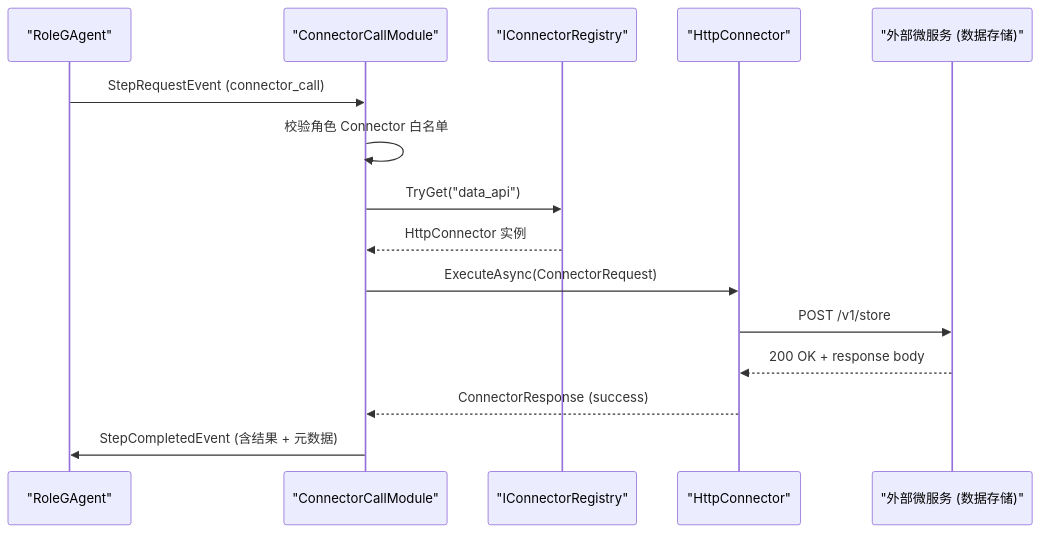
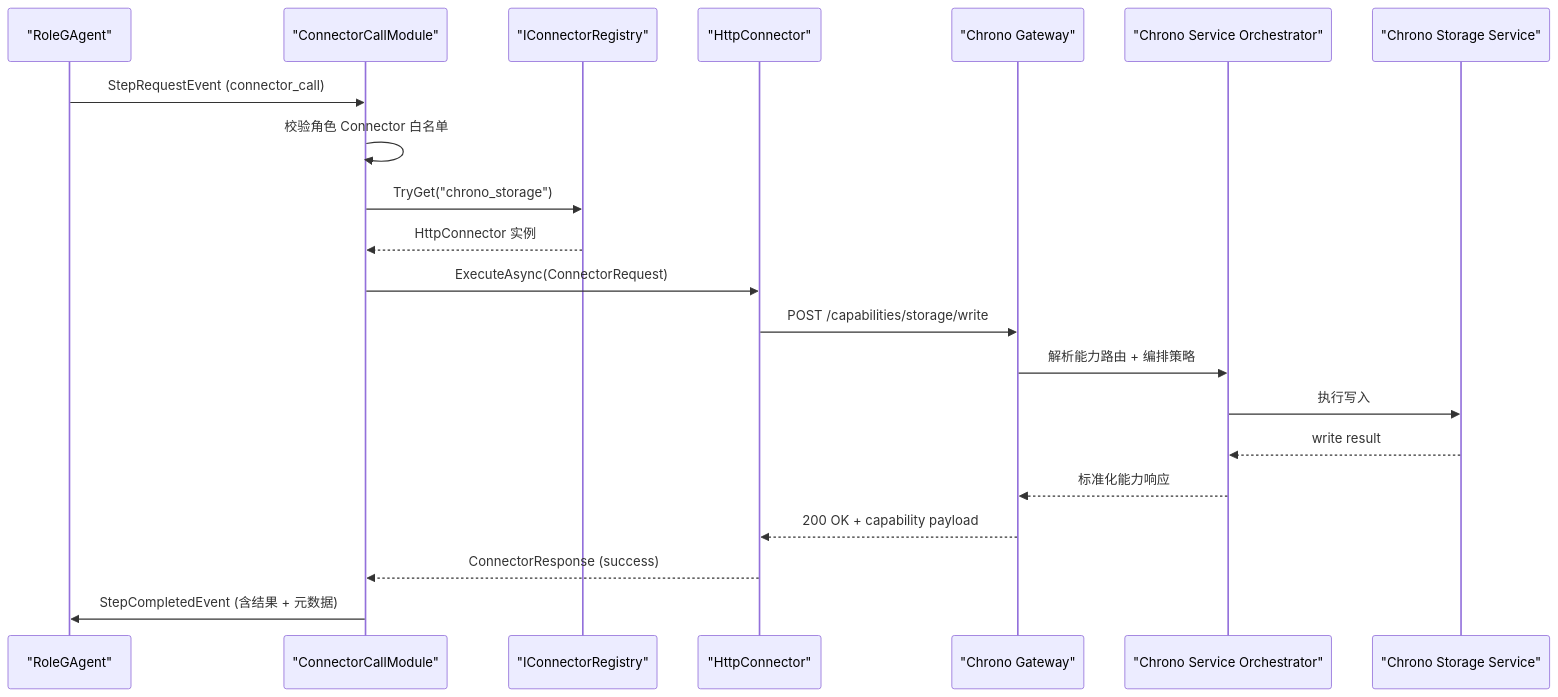
The ninth of 19 diagrams in docs/architecture/AEVATAR_MAINNET_ARCHITECTURE.md (aevatarAI/aevatar), drawn with Mermaid before and after one commit. The commit also changed other lines of this file, not shown here.

Commit message:
update architecture doc

````diff
--- a/docs/architecture/AEVATAR_MAINNET_ARCHITECTURE.md
+++ b/docs/architecture/AEVATAR_MAINNET_ARCHITECTURE.md
@@ -442,19 +481,25 @@
 ```mermaid
 %%{init: {"maxTextSize": 100000, "sequence": {"useMaxWidth": false}, "themeVariables": {"fontSize": "10px"}}}%%
 sequenceDiagram
     participant Agent as "RoleGAgent"
     participant Module as "ConnectorCallModule"
     participant Registry as "IConnectorRegistry"
     participant HTTP as "HttpConnector"
-    participant ExtSvc as "外部微服务 (数据存储)"
+    participant Chrono as "Chrono Gateway"
+    participant Orchestrator as "Chrono Service Orchestrator"
+    participant Storage as "Chrono Storage Service"
 
     Agent->>Module: StepRequestEvent (connector_call)
     Module->>Module: 校验角色 Connector 白名单
-    Module->>Registry: TryGet("data_api")
+    Module->>Registry: TryGet("chrono_storage")
     Registry-->>Module: HttpConnector 实例
     Module->>HTTP: ExecuteAsync(ConnectorRequest)
-    HTTP->>ExtSvc: POST /v1/store
-    ExtSvc-->>HTTP: 200 OK + response body
+    HTTP->>Chrono: POST /capabilities/storage/write
+    Chrono->>Orchestrator: 解析能力路由 + 编排策略
+    Orchestrator->>Storage: 执行写入
+    Storage-->>Orchestrator: write result
+    Orchestrator-->>Chrono: 标准化能力响应
+    Chrono-->>HTTP: 200 OK + capability payload
     HTTP-->>Module: ConnectorResponse (success)
     Module->>Agent: StepCompletedEvent (含结果 + 元数据)
 ```
````
